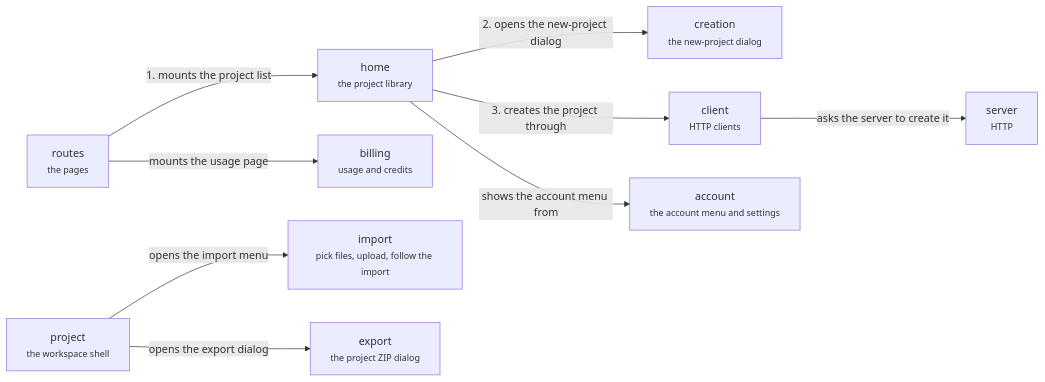
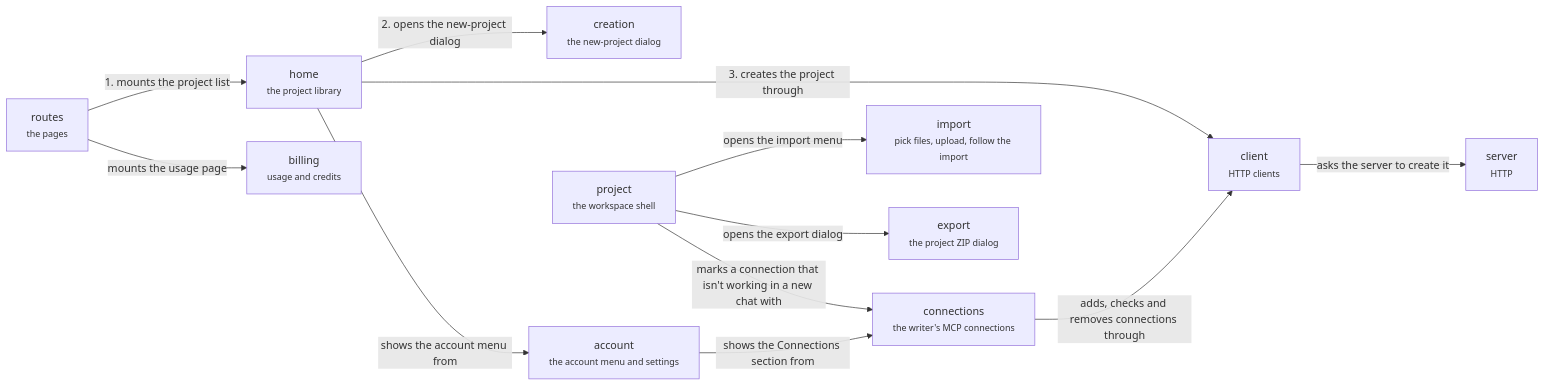
Before and after one commit to haowjy/meridian-flow: the diagram in .context/system-architecture/app-library.md, drawn with Mermaid. The commit also changed other lines of this file, not shown here.

Commit message:
Architecture map: the app's connections feature

````diff
--- a/.context/system-architecture/app-library.md
+++ b/.context/system-architecture/app-library.md
@@ -5,21 +5,25 @@
 ```mermaid
 flowchart LR
   home["home<br/><small>the project library</small>"]:::feature
   creation["creation<br/><small>the new-project dialog</small>"]:::feature
   import["import<br/><small>pick files, upload, follow the import</small>"]:::feature
   export["export<br/><small>the project ZIP dialog</small>"]:::feature
   account["account<br/><small>the account menu and settings</small>"]:::feature
+  connections["connections<br/><small>the writer's MCP connections</small>"]:::feature
   billing["billing<br/><small>usage and credits</small>"]:::feature
   routes["routes<br/><small>the pages</small>"]:::context
   project["project<br/><small>the workspace shell</small>"]:::context
   client["client<br/><small>HTTP clients</small>"]:::context
   server["server<br/><small>HTTP</small>"]:::context
   routes -->|"1. mounts the project list"| home
   home -->|"2. opens the new-project dialog"| creation
   home -->|"3. creates the project through"| client
   client -->|"asks the server to create it"| server
   project -->|"opens the import menu"| import
   project -->|"opens the export dialog"| export
   home -->|"shows the account menu from"| account
+  account -->|"shows the Connections section from"| connections
+  connections -->|"adds, checks and removes connections through"| client
+  project -->|"marks a connection that isn't working in a new chat with"| connections
   routes -->|"mounts the usage page"| billing
 ```
````
